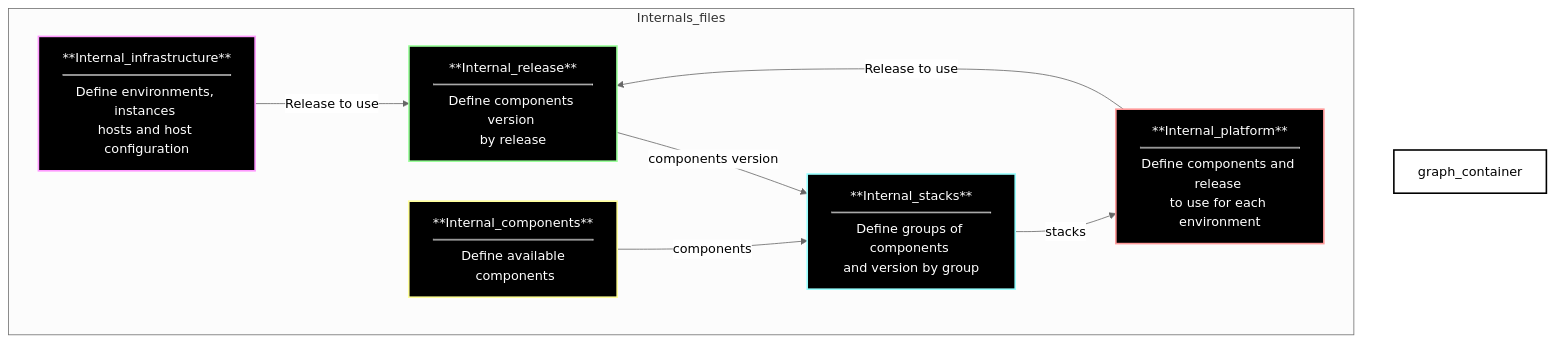
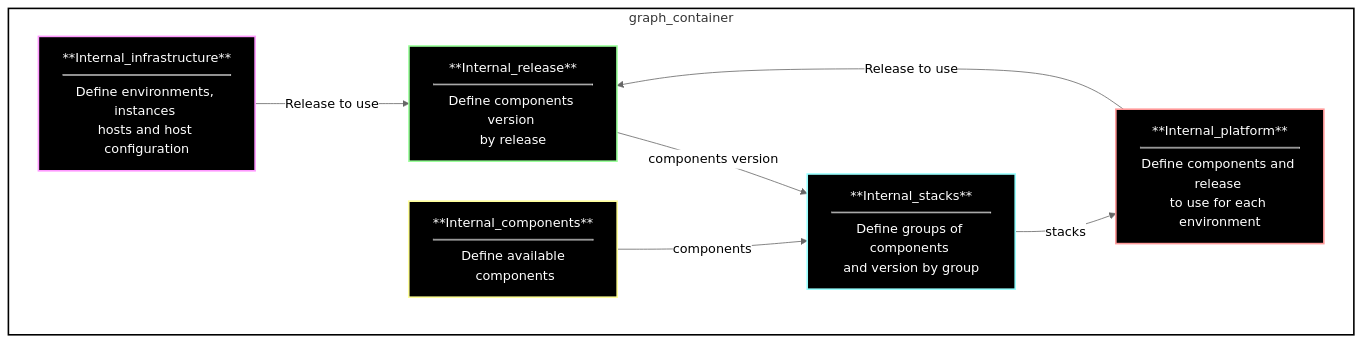
The first of 38 diagrams in Markdown1.md (SavaiRavikiran/Monitoring_With_Prometheus-Grafana), drawn with Mermaid (neutral theme) before and after one commit.

````diff
--- a/Markdown1.md
+++ b/Markdown1.md
@@ -3,20 +3,20 @@
 ```mermaid
 graph TD;
 
-  subgraph Internals_files
+  subgraph graph_container
     style graph_container fill:transparent, stroke:#000, stroke-width:2px, stroke-dasharray: 0;
     
     style A fill:#000, stroke:#f9f, stroke-width:2px, stroke-dasharray: 0, color:#fff;
     style B fill:#000, stroke:#9f9, stroke-width:2px, stroke-dasharray: 0, color:#fff;
     style C fill:#000, stroke:#ff9, stroke-width:2px, stroke-dasharray: 0, color:#fff;
     style D fill:#000, stroke:#9ff, stroke-width:2px, stroke-dasharray: 0, color:#fff;
     style E fill:#000, stroke:#f99, stroke-width:2px, stroke-dasharray: 0, color:#fff;
   
     A["**Internal_infrastructure**<br/><hr style='margin-top: 8px; margin-bottom: 8px;'/>Define environments, instances <br/>hosts and host configuration"] -->|Release to use| B["**Internal_release**<br/><hr style='margin-top: 8px; margin-bottom: 8px;'/>Define components version <br/>by release"];
     B -->|components version| D["**Internal_stacks**<br/><hr style='margin-top: 8px; margin-bottom: 8px;'/>Define groups of components <br/>and version by group"];
     D -->|stacks| E["**Internal_platform**<br/><hr style='margin-top: 8px; margin-bottom: 8px;'/>Define components and release <br/>to use for each environment"];
     E -->|Release to use| B;
     C["**Internal_components**<br/><hr style='margin-top: 8px; margin-bottom: 8px;'/>Define available<br/> components"] -->|components| D;
     
   end;
 ```
````
